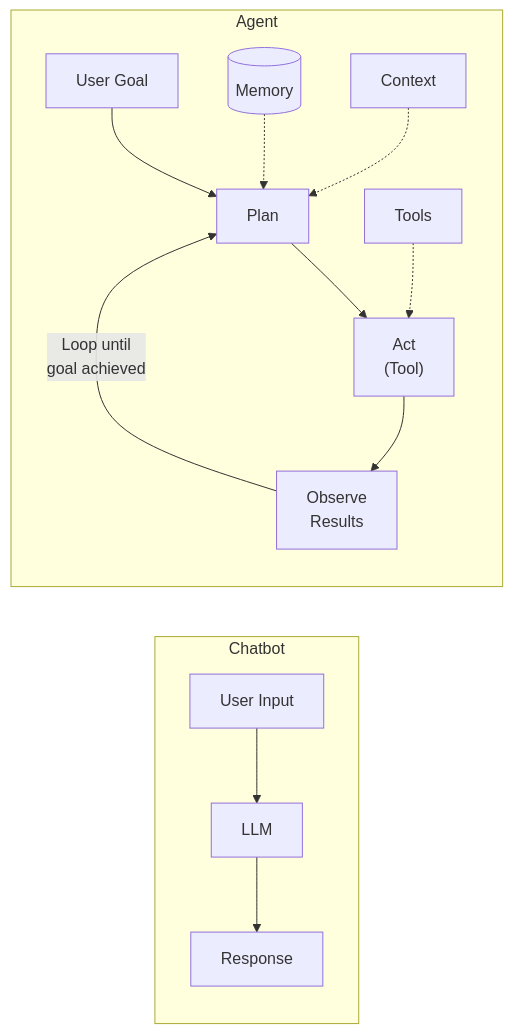
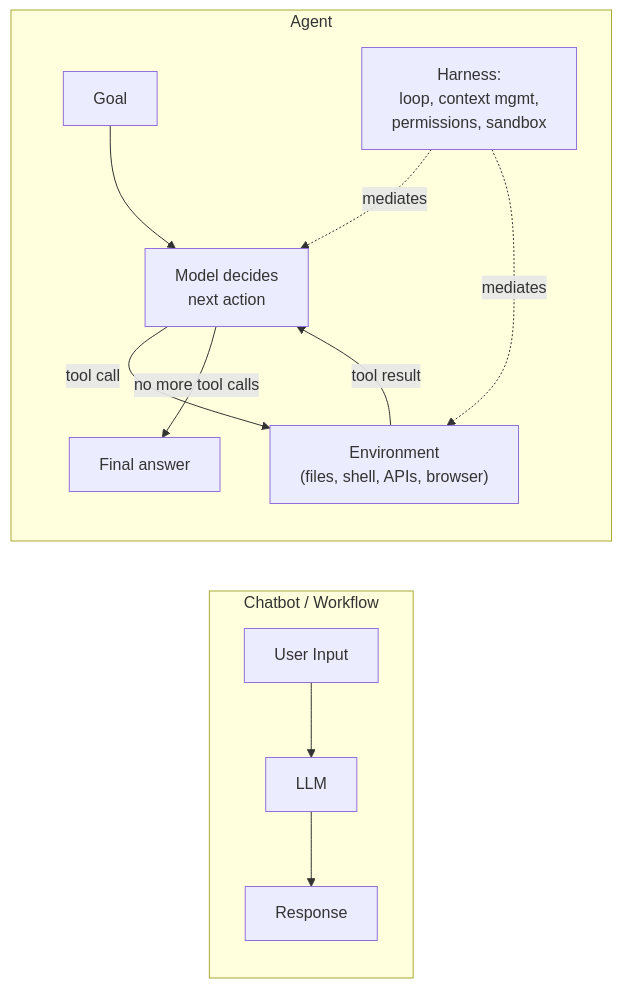
Before and after one commit to binarydevelop/system-design-patterns: the first of 4 diagrams in 16-llm-systems/01-agent-fundamentals.md, drawn with Mermaid. The commit also changed other lines of this file and 11 other files, not shown here.

````diff
--- a/16-llm-systems/01-agent-fundamentals.md
+++ b/16-llm-systems/01-agent-fundamentals.md
@@ -11,17 +11,16 @@
 ```mermaid
 graph LR
-    subgraph CHATBOT["Chatbot"]
+    subgraph CHATBOT["Chatbot / Workflow"]
         UI1["User Input"] --> LLM1["LLM"] --> R1["Response"]
     end
 
     subgraph AGENT["Agent"]
-        UG["User Goal"] --> Plan["Plan"]
-        Plan --> Act["Act<br/>(Tool)"]
-        Act --> Observe["Observe<br/>Results"]
-        Observe -->|Loop until<br/>goal achieved| Plan
+        UG["Goal"] --> M["Model decides<br/>next action"]
+        M -->|tool call| ENV["Environment<br/>(files, shell, APIs, browser)"]
+        ENV -->|tool result| M
+        M -->|no more tool calls| DONE["Final answer"]
 
-        Memory[("Memory")] -.-> Plan
-        Tools["Tools"] -.-> Act
-        Context["Context"] -.-> Plan
+        HARNESS["Harness:<br/>loop, context mgmt,<br/>permissions, sandbox"] -.->|mediates| M
+        HARNESS -.->|mediates| ENV
     end
 ```
````
